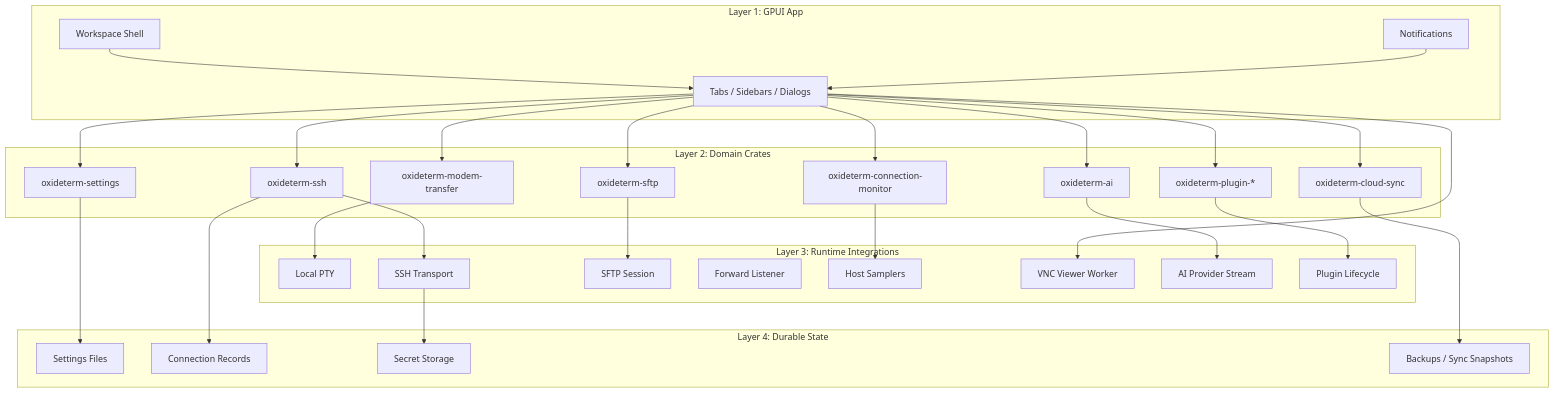
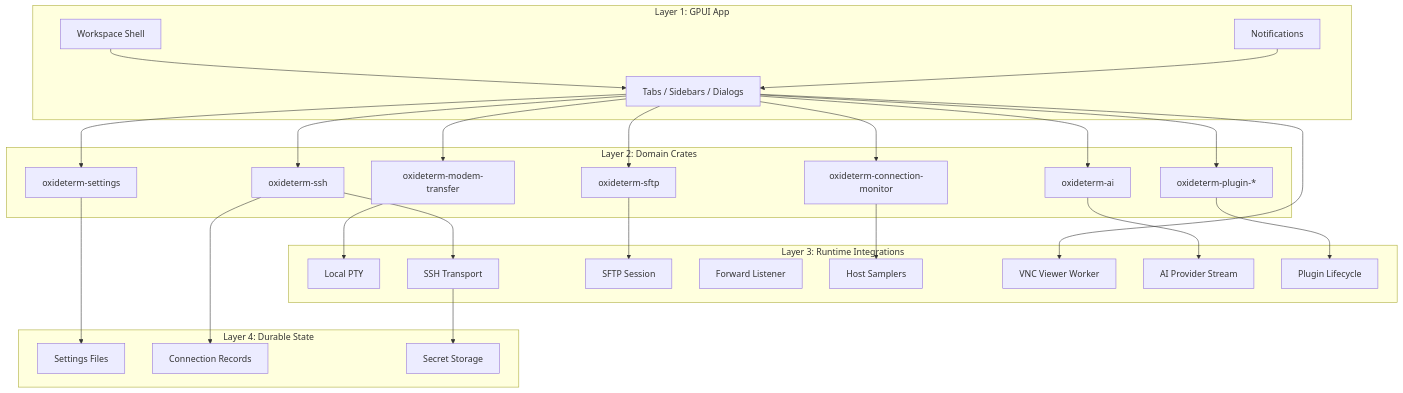
One commit to imeilige/oxideterm changed the fourth of 14 diagrams in docs/user-guide/en/architecture.md. Above: the diagram before and after it, drawn with Mermaid. The commit also changed other lines of this file and 171 other files, not shown here.

Commit message:
v2.2.8: Remove cloud sync and relocate the oxide plugin settings store

````diff
--- a/docs/user-guide/en/architecture.md
+++ b/docs/user-guide/en/architecture.md
@@ -342,59 +332,55 @@
 ```mermaid
 flowchart TB
     subgraph UI["Layer 1: GPUI App"]
         Workspace["Workspace Shell"]
         Surfaces["Tabs / Sidebars / Dialogs"]
         Notifications["Notifications"]
     end
 
     subgraph Domain["Layer 2: Domain Crates"]
         Ssh["oxideterm-ssh"]
         Sftp["oxideterm-sftp"]
         MonitorDomain["oxideterm-connection-monitor"]
         ModemDomain["oxideterm-modem-transfer"]
         Ai["oxideterm-ai"]
         SettingsDomain["oxideterm-settings"]
         PluginsDomain["oxideterm-plugin-*"]
-        SyncDomain["oxideterm-cloud-sync"]
     end
 
     subgraph RuntimeIntegration["Layer 3: Runtime Integrations"]
         PtyRuntime["Local PTY"]
         SshRuntime["SSH Transport"]
         SftpRuntime["SFTP Session"]
         ForwardRuntime["Forward Listener"]
         HostSampler["Host Samplers"]
         GraphicsRuntime["VNC Viewer Worker"]
         ProviderRuntime["AI Provider Stream"]
         PluginRuntime["Plugin Lifecycle"]
     end
 
     subgraph Durable["Layer 4: Durable State"]
         SettingsFiles["Settings Files"]
         ConnectionFiles["Connection Records"]
         Keychain["Secret Storage"]
-        Backups["Backups / Sync Snapshots"]
     end
 
     Workspace --> Surfaces
     Surfaces --> Ssh
     Surfaces --> Sftp
     Surfaces --> MonitorDomain
     Surfaces --> ModemDomain
     Surfaces --> GraphicsRuntime
     Surfaces --> Ai
     Surfaces --> SettingsDomain
     Surfaces --> PluginsDomain
-    Surfaces --> SyncDomain
     Ssh --> SshRuntime
     Sftp --> SftpRuntime
     MonitorDomain --> HostSampler
     ModemDomain --> PtyRuntime
     Ai --> ProviderRuntime
     PluginsDomain --> PluginRuntime
     SshRuntime --> Keychain
     SettingsDomain --> SettingsFiles
     Ssh --> ConnectionFiles
-    SyncDomain --> Backups
     Notifications --> Surfaces
 ```
````
